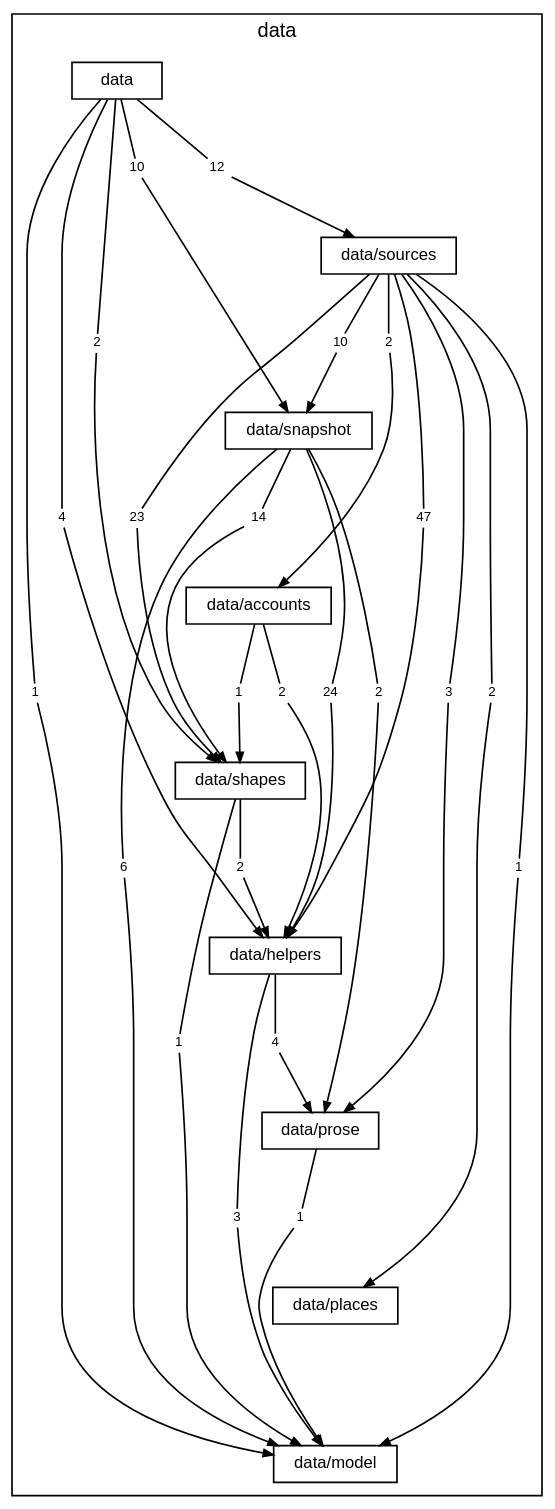
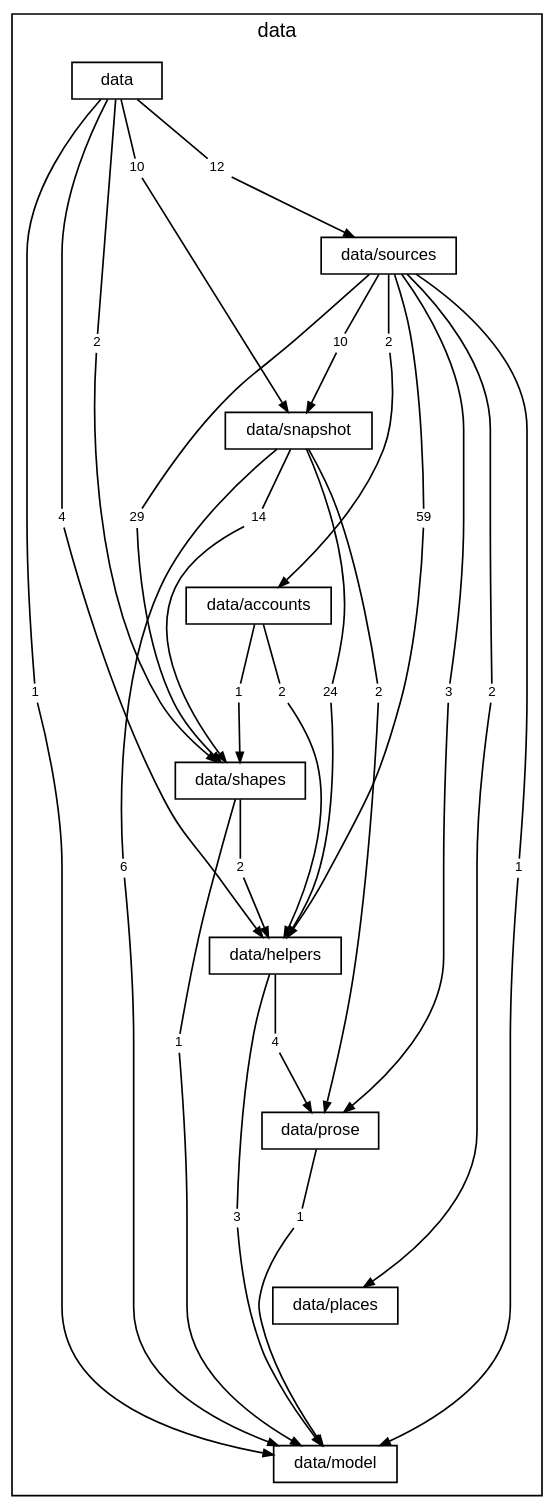
Before and after one commit to TheAxeC/oculus: the diagram in docs/diagrams/layer-data.dot, drawn with Graphviz. The commit also changed 503 other files, not shown here.

```diff
--- a/docs/diagrams/layer-data.dot
+++ b/docs/diagrams/layer-data.dot
@@ -1,94 +1,94 @@
 digraph layer_data {
     graph [bgcolor="transparent", rankdir=TB, newrank=true, mclimit=4, fontname="Helvetica", fontsize=12, nodesep=0.2, ranksep=0.5];
     node [shape=box, color="black", fontcolor="black", fontname="Helvetica", fontsize=10, height=0.3, margin="0.12,0.04"];
     edge [color="black", fontcolor="black", fontname="Helvetica", fontsize=8, arrowsize=0.6];
     subgraph "cluster_data" {
         label="data"; style=solid;
         "folder data" [label="data"];
         "folder data/sources" [label="data/sources"];
         "folder data/snapshot" [label="data/snapshot"];
         "folder data/accounts" [label="data/accounts"];
         "folder data/shapes" [label="data/shapes"];
         "folder data/helpers" [label="data/helpers"];
         "folder data/prose" [label="data/prose"];
         "folder data/places" [label="data/places"];
         "folder data/model" [label="data/model"];
         "folder data to folder data/helpers" [label="4", shape=box, color="transparent", fontsize=8, width=0, height=0, margin="0.04,0.02"];
         "folder data to folder data/model" [label="1", shape=box, color="transparent", fontsize=8, width=0, height=0, margin="0.04,0.02"];
         "folder data to folder data/shapes" [label="2", shape=box, color="transparent", fontsize=8, width=0, height=0, margin="0.04,0.02"];
         "folder data to folder data/snapshot" [label="10", shape=box, color="transparent", fontsize=8, width=0, height=0, margin="0.04,0.02"];
         "folder data to folder data/sources" [label="12", shape=box, color="transparent", fontsize=8, width=0, height=0, margin="0.04,0.02"];
         "folder data/sources to folder data/accounts" [label="2", shape=box, color="transparent", fontsize=8, width=0, height=0, margin="0.04,0.02"];
-        "folder data/sources to folder data/helpers" [label="47", shape=box, color="transparent", fontsize=8, width=0, height=0, margin="0.04,0.02"];
+        "folder data/sources to folder data/helpers" [label="59", shape=box, color="transparent", fontsize=8, width=0, height=0, margin="0.04,0.02"];
         "folder data/sources to folder data/model" [label="1", shape=box, color="transparent", fontsize=8, width=0, height=0, margin="0.04,0.02"];
         "folder data/sources to folder data/places" [label="2", shape=box, color="transparent", fontsize=8, width=0, height=0, margin="0.04,0.02"];
         "folder data/sources to folder data/prose" [label="3", shape=box, color="transparent", fontsize=8, width=0, height=0, margin="0.04,0.02"];
-        "folder data/sources to folder data/shapes" [label="23", shape=box, color="transparent", fontsize=8, width=0, height=0, margin="0.04,0.02"];
+        "folder data/sources to folder data/shapes" [label="29", shape=box, color="transparent", fontsize=8, width=0, height=0, margin="0.04,0.02"];
         "folder data/sources to folder data/snapshot" [label="10", shape=box, color="transparent", fontsize=8, width=0, height=0, margin="0.04,0.02"];
         "folder data/snapshot to folder data/helpers" [label="24", shape=box, color="transparent", fontsize=8, width=0, height=0, margin="0.04,0.02"];
         "folder data/snapshot to folder data/model" [label="6", shape=box, color="transparent", fontsize=8, width=0, height=0, margin="0.04,0.02"];
         "folder data/snapshot to folder data/prose" [label="2", shape=box, color="transparent", fontsize=8, width=0, height=0, margin="0.04,0.02"];
         "folder data/snapshot to folder data/shapes" [label="14", shape=box, color="transparent", fontsize=8, width=0, height=0, margin="0.04,0.02"];
         "folder data/accounts to folder data/helpers" [label="2", shape=box, color="transparent", fontsize=8, width=0, height=0, margin="0.04,0.02"];
         "folder data/accounts to folder data/shapes" [label="1", shape=box, color="transparent", fontsize=8, width=0, height=0, margin="0.04,0.02"];
         "folder data/shapes to folder data/helpers" [label="2", shape=box, color="transparent", fontsize=8, width=0, height=0, margin="0.04,0.02"];
         "folder data/shapes to folder data/model" [label="1", shape=box, color="transparent", fontsize=8, width=0, height=0, margin="0.04,0.02"];
         "folder data/helpers to folder data/model" [label="3", shape=box, color="transparent", fontsize=8, width=0, height=0, margin="0.04,0.02"];
         "folder data/helpers to folder data/prose" [label="4", shape=box, color="transparent", fontsize=8, width=0, height=0, margin="0.04,0.02"];
         "folder data/prose to folder data/model" [label="1", shape=box, color="transparent", fontsize=8, width=0, height=0, margin="0.04,0.02"];
     }
     "folder data" -> "folder data/sources" [style=invis, weight=10, minlen=2];
     "folder data/sources" -> "folder data/snapshot" [style=invis, weight=10, minlen=2];
     "folder data/snapshot" -> "folder data/accounts" [style=invis, weight=10, minlen=2];
     "folder data/accounts" -> "folder data/shapes" [style=invis, weight=10, minlen=2];
     "folder data/shapes" -> "folder data/helpers" [style=invis, weight=10, minlen=2];
     "folder data/helpers" -> "folder data/prose" [style=invis, weight=10, minlen=2];
     "folder data/prose" -> "folder data/places" [style=invis, weight=10, minlen=2];
     "folder data/places" -> "folder data/model" [style=invis, weight=10, minlen=2];
     "folder data" -> "folder data to folder data/helpers" [arrowhead=none, minlen=5, weight=10];
     "folder data to folder data/helpers" -> "folder data/helpers" [];
     "folder data" -> "folder data to folder data/model" [arrowhead=none, minlen=7, weight=10];
     "folder data to folder data/model" -> "folder data/model" [];
     "folder data" -> "folder data to folder data/shapes" [arrowhead=none, minlen=3, weight=10];
     "folder data to folder data/shapes" -> "folder data/shapes" [];
     "folder data" -> "folder data to folder data/snapshot" [arrowhead=none, minlen=1, weight=10];
     "folder data to folder data/snapshot" -> "folder data/snapshot" [];
     "folder data" -> "folder data to folder data/sources" [arrowhead=none, minlen=1, weight=10];
     "folder data to folder data/sources" -> "folder data/sources" [];
     "folder data/sources" -> "folder data/sources to folder data/accounts" [arrowhead=none, minlen=1, weight=10];
     "folder data/sources to folder data/accounts" -> "folder data/accounts" [];
     "folder data/sources" -> "folder data/sources to folder data/helpers" [arrowhead=none, minlen=3, weight=10];
     "folder data/sources to folder data/helpers" -> "folder data/helpers" [];
     "folder data/sources" -> "folder data/sources to folder data/model" [arrowhead=none, minlen=7, weight=10];
     "folder data/sources to folder data/model" -> "folder data/model" [];
     "folder data/sources" -> "folder data/sources to folder data/places" [arrowhead=none, minlen=5, weight=10];
     "folder data/sources to folder data/places" -> "folder data/places" [];
     "folder data/sources" -> "folder data/sources to folder data/prose" [arrowhead=none, minlen=5, weight=10];
     "folder data/sources to folder data/prose" -> "folder data/prose" [];
     "folder data/sources" -> "folder data/sources to folder data/shapes" [arrowhead=none, minlen=3, weight=10];
     "folder data/sources to folder data/shapes" -> "folder data/shapes" [];
     "folder data/sources" -> "folder data/sources to folder data/snapshot" [arrowhead=none, minlen=1, weight=10];
     "folder data/sources to folder data/snapshot" -> "folder data/snapshot" [];
     "folder data/snapshot" -> "folder data/snapshot to folder data/helpers" [arrowhead=none, minlen=3, weight=10];
     "folder data/snapshot to folder data/helpers" -> "folder data/helpers" [];
     "folder data/snapshot" -> "folder data/snapshot to folder data/model" [arrowhead=none, minlen=5, weight=10];
     "folder data/snapshot to folder data/model" -> "folder data/model" [];
     "folder data/snapshot" -> "folder data/snapshot to folder data/prose" [arrowhead=none, minlen=3, weight=10];
     "folder data/snapshot to folder data/prose" -> "folder data/prose" [];
     "folder data/snapshot" -> "folder data/snapshot to folder data/shapes" [arrowhead=none, minlen=1, weight=10];
     "folder data/snapshot to folder data/shapes" -> "folder data/shapes" [];
     "folder data/accounts" -> "folder data/accounts to folder data/helpers" [arrowhead=none, minlen=1, weight=10];
     "folder data/accounts to folder data/helpers" -> "folder data/helpers" [];
     "folder data/accounts" -> "folder data/accounts to folder data/shapes" [arrowhead=none, minlen=1, weight=10];
     "folder data/accounts to folder data/shapes" -> "folder data/shapes" [];
     "folder data/shapes" -> "folder data/shapes to folder data/helpers" [arrowhead=none, minlen=1, weight=10];
     "folder data/shapes to folder data/helpers" -> "folder data/helpers" [];
     "folder data/shapes" -> "folder data/shapes to folder data/model" [arrowhead=none, minlen=3, weight=10];
     "folder data/shapes to folder data/model" -> "folder data/model" [];
     "folder data/helpers" -> "folder data/helpers to folder data/model" [arrowhead=none, minlen=3, weight=10];
     "folder data/helpers to folder data/model" -> "folder data/model" [];
     "folder data/helpers" -> "folder data/helpers to folder data/prose" [arrowhead=none, minlen=1, weight=10];
     "folder data/helpers to folder data/prose" -> "folder data/prose" [];
     "folder data/prose" -> "folder data/prose to folder data/model" [arrowhead=none, minlen=1, weight=10];
     "folder data/prose to folder data/model" -> "folder data/model" [];
 }
```
